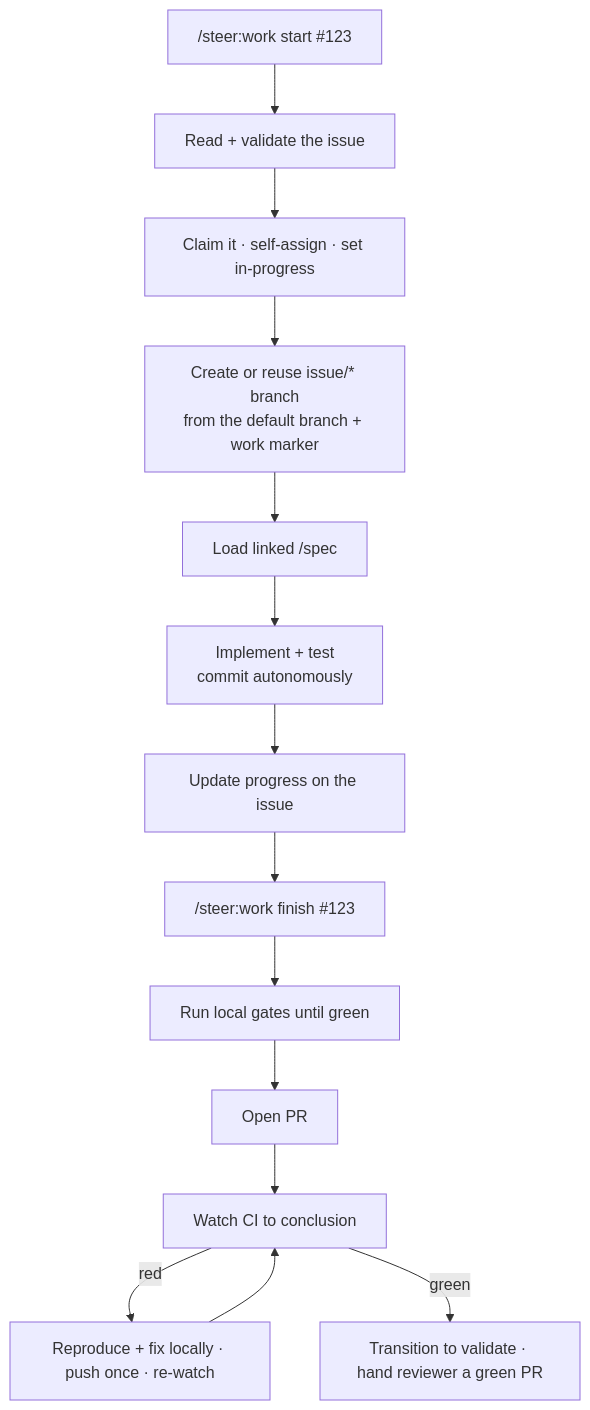
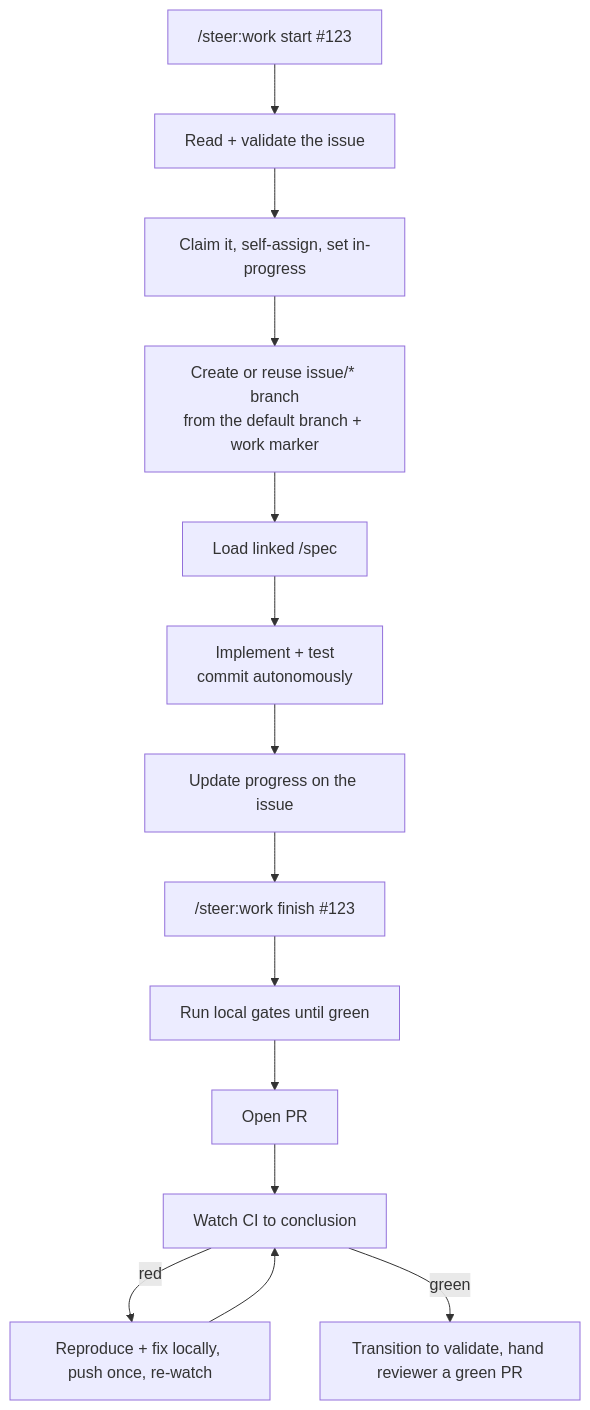
The diagram in docs/workflows/work.md (element22llc/e22-plugins), drawn with Mermaid before and after one commit. The commit also changed other lines of this file and 149 other files, not shown here.

````diff
--- a/docs/workflows/work.md
+++ b/docs/workflows/work.md
@@ -39,16 +39,16 @@
 ```mermaid
 flowchart TD
     START["/steer:work start #123"] --> VALIDATE[Read + validate the issue]
-    VALIDATE --> CLAIM[Claim it · self-assign · set in-progress]
+    VALIDATE --> CLAIM[Claim it, self-assign, set in-progress]
     CLAIM --> BRANCH[Create or reuse issue/* branch<br/>from the default branch + work marker]
     BRANCH --> SPEC[Load linked /spec]
     SPEC --> IMPL[Implement + test<br/>commit autonomously]
     IMPL --> PROGRESS[Update progress on the issue]
     PROGRESS --> FINISH["/steer:work finish #123"]
     FINISH --> GATES[Run local gates until green]
     GATES --> PR[Open PR]
     PR --> WATCH[Watch CI to conclusion]
-    WATCH -->|red| FIX[Reproduce + fix locally · push once · re-watch]
+    WATCH -->|red| FIX[Reproduce + fix locally, push once, re-watch]
     FIX --> WATCH
-    WATCH -->|green| STATE[Transition to validate · hand reviewer a green PR]
+    WATCH -->|green| STATE[Transition to validate, hand reviewer a green PR]
 ```
````
